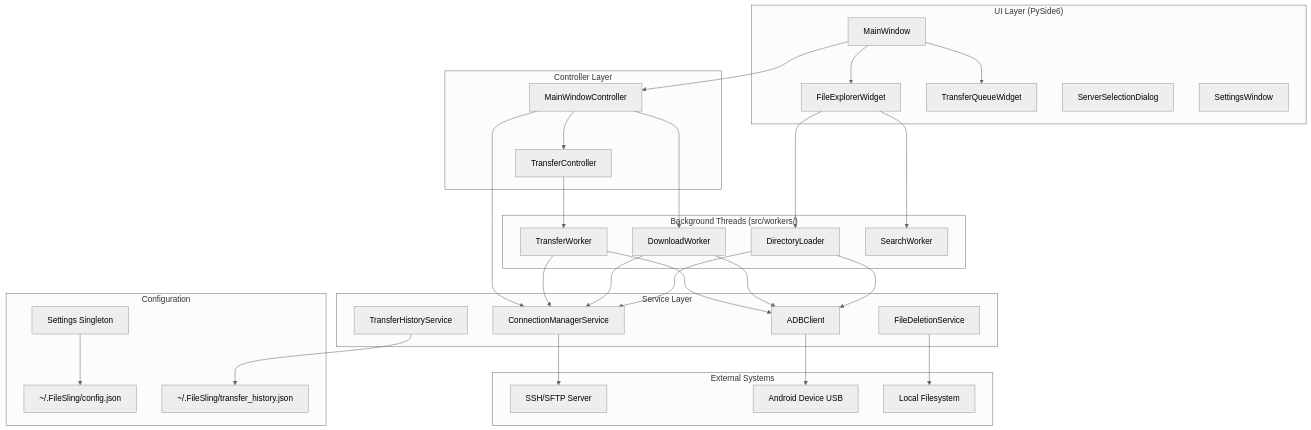
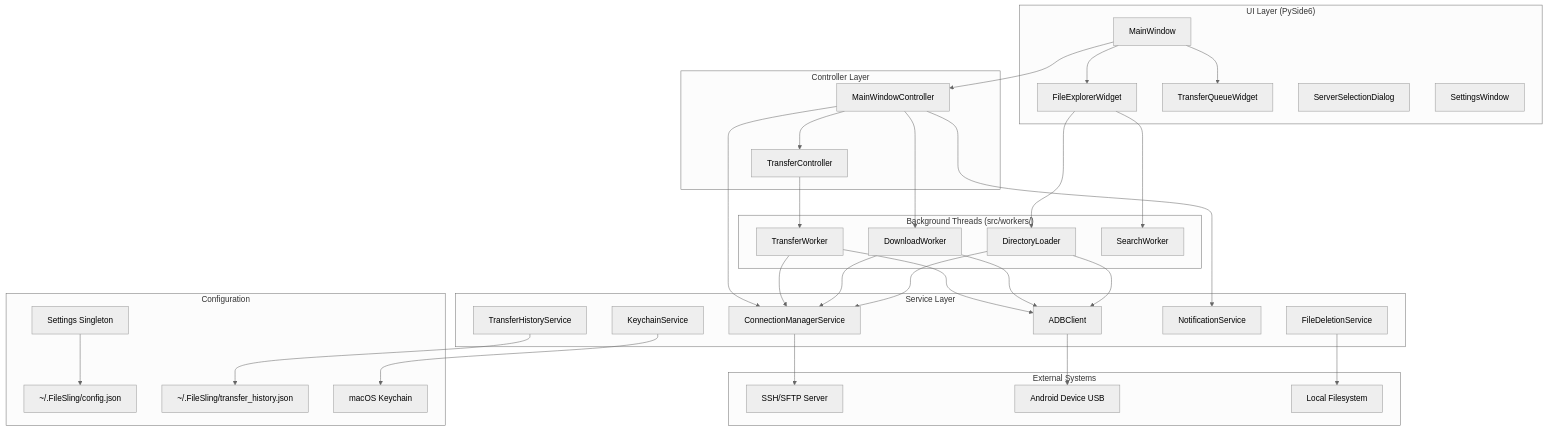
The first of 5 diagrams in docs/SYSTEM_DIAGRAM.md (imlocle/filesling), drawn with Mermaid (neutral theme) before and after one commit. The commit also changed other lines of this file and 6 other files, not shown here.

````diff
--- a/docs/SYSTEM_DIAGRAM.md
+++ b/docs/SYSTEM_DIAGRAM.md
@@ -5,64 +5,69 @@
 ```mermaid
 graph TB
     subgraph UI["UI Layer (PySide6)"]
         MW[MainWindow]
         FE[FileExplorerWidget]
         TQ[TransferQueueWidget]
         SD[ServerSelectionDialog]
         SW[SettingsWindow]
     end
 
     subgraph Controllers["Controller Layer"]
         MWC[MainWindowController]
         MTC[TransferController]
     end
 
     subgraph Workers["Background Threads (src/workers/)"]
         TW[TransferWorker]
         DW[DownloadWorker]
         DL[DirectoryLoader]
         SR[SearchWorker]
     end
 
     subgraph Services["Service Layer"]
         CM[ConnectionManagerService]
         ADB[ADBClient]
         FDS[FileDeletionService]
         THS[TransferHistoryService]
+        NS[NotificationService]
+        KS[KeychainService]
     end
 
     subgraph External["External Systems"]
         SSH[SSH/SFTP Server]
         Android[Android Device USB]
         FS[Local Filesystem]
     end
 
     subgraph Config["Configuration"]
         Settings[Settings Singleton]
         JSON["~/.FileSling/config.json"]
         History["~/.FileSling/transfer_history.json"]
+        Keychain["macOS Keychain"]
     end
 
     MW --> MWC
     MW --> FE
     MW --> TQ
     MWC --> MTC
     MWC --> CM
     MWC --> DW
+    MWC --> NS
     MTC --> TW
     FE --> DL
     FE --> SR
 
     CM --> SSH
     ADB --> Android
     FDS --> FS
     THS --> History
+    KS --> Keychain
     Settings --> JSON
 
     TW --> CM
     TW --> ADB
     DW --> CM
     DW --> ADB
     DL --> CM
     DL --> ADB
 ```
````
